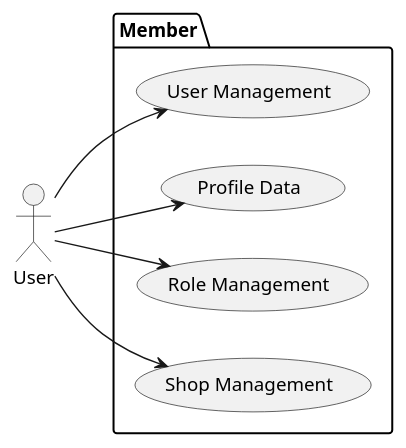
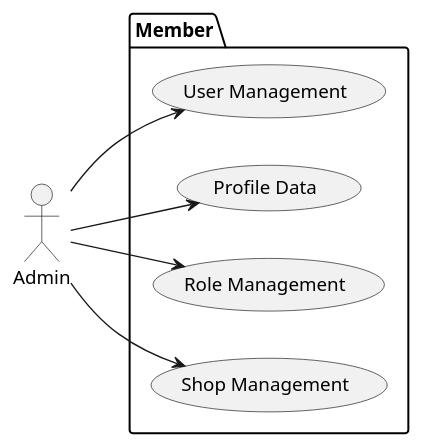
The diagram in User/Requirement/use-case.wsd (POS-Java-Microservice/requirement-documents), drawn with PlantUML before and after one commit. The commit also changed 2 other files, not shown here.

```diff
--- a/User/Requirement/use-case.wsd
+++ b/User/Requirement/use-case.wsd
@@ -1,17 +1,17 @@
 @startuml member-service
 
 left to right direction
-actor User as u
+actor Admin as u
 package Member{
     usecase "User Management" as uc1
     usecase "Profile Data" as uc2
     usecase "Role Management" as uc3
     usecase "Shop Management" as uc4
 }
 
 u --> uc1
 u --> uc2
 u --> uc3
 u --> uc4
 
 @enduml
```
